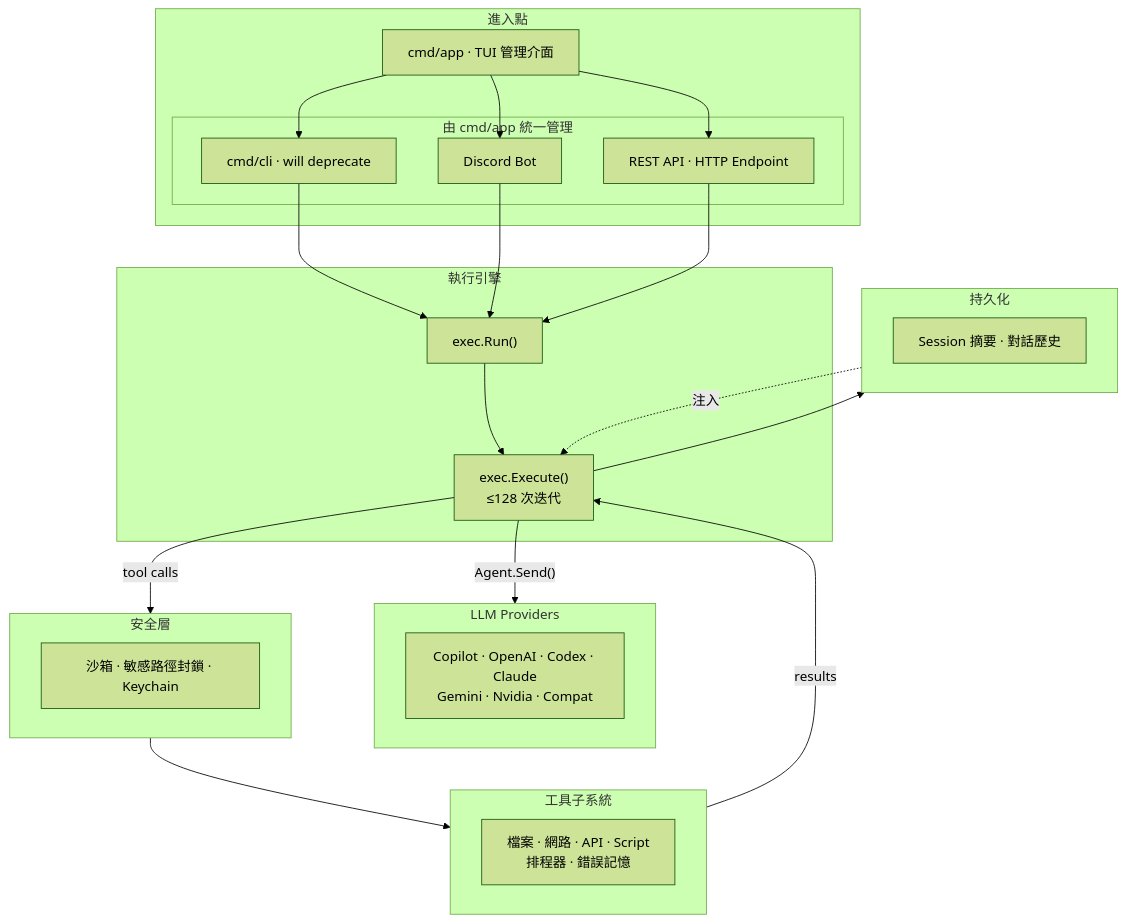
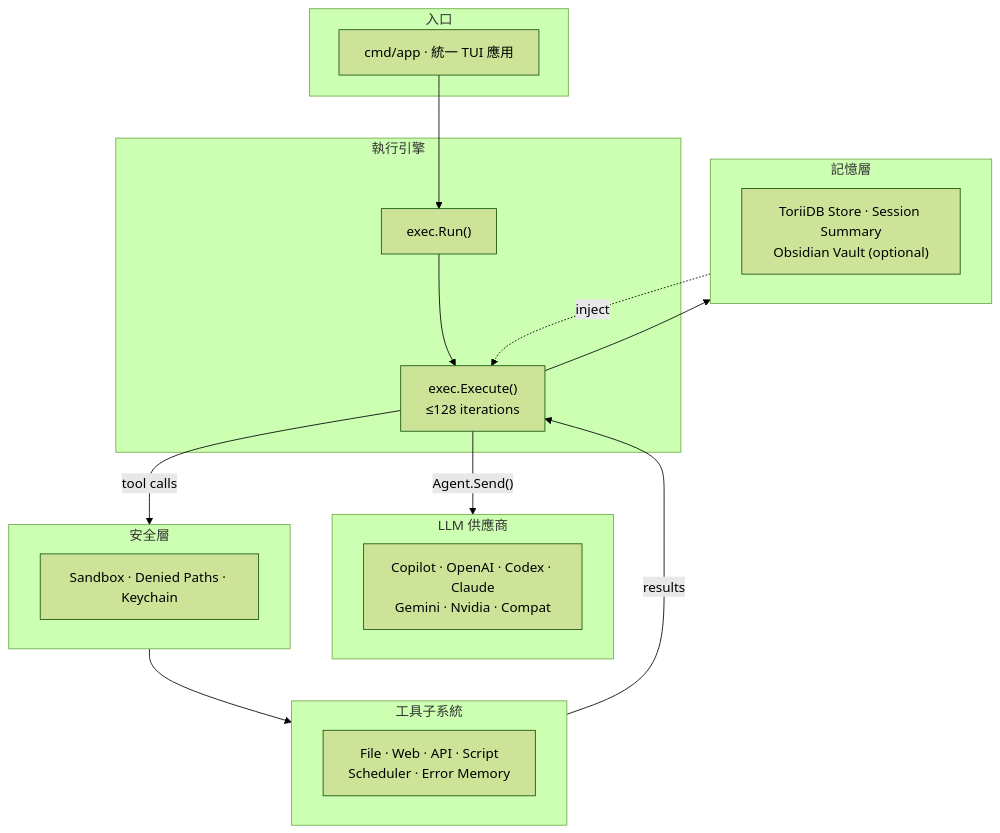
Before and after one commit to pardnchiu/Agenvoy: the diagram in doc/README.zh.md, drawn with Mermaid (forest theme). The commit also changed other lines of this file and 5 other files, not shown here.

Commit message:
release: v0.18.0 Introduces vim-style TUI navigation with command input mode, consolidates CLI and server into a unified agen entrypoin

````diff
--- a/doc/README.zh.md
+++ b/doc/README.zh.md
@@ -52,46 +52,36 @@
 ```mermaid
 graph TB
-    subgraph Entry ["進入點"]
-        App["cmd/app · TUI 管理介面"]
-        subgraph Managed ["由 cmd/app 統一管理"]
-            CLI["cmd/cli · will deprecate"]
-            Discord["Discord Bot"]
-            API["REST API · HTTP Endpoint"]
-        end
+    subgraph Entry ["入口"]
+        App["cmd/app · 統一 TUI 應用"]
     end
 
     subgraph Engine ["執行引擎"]
         Run["exec.Run()"]
-        Execute["exec.Execute()\n≤128 次迭代"]
+        Execute["exec.Execute()\n≤128 iterations"]
     end
 
-    subgraph Providers ["LLM Providers"]
+    subgraph Providers ["LLM 供應商"]
         P["Copilot · OpenAI · Codex · Claude\nGemini · Nvidia · Compat"]
     end
 
     subgraph Security ["安全層"]
-        S["沙箱 · 敏感路徑封鎖 · Keychain"]
+        S["Sandbox · Denied Paths · Keychain"]
     end
 
     subgraph Tools ["工具子系統"]
-        T["檔案 · 網路 · API · Script\n排程器 · 錯誤記憶"]
+        T["File · Web · API · Script\nScheduler · Error Memory"]
     end
 
-    subgraph Persistence ["持久化"]
-        PS["Session 摘要 · 對話歷史"]
+    subgraph Memory ["記憶層"]
+        M["ToriiDB Store · Session Summary\nObsidian Vault (optional)"]
     end
 
-    App --> CLI
-    App --> Discord
-    App --> API
-    CLI --> Run
-    Discord --> Run
-    API --> Run
+    App --> Run
     Run --> Execute
     Execute -->|"Agent.Send()"| Providers
     Execute -->|"tool calls"| Security
     Security --> Tools
     Tools -->|"results"| Execute
-    Execute --> Persistence
-    Persistence -.->|"注入"| Execute
+    Execute --> Memory
+    Memory -.->|"inject"| Execute
 ```
````
